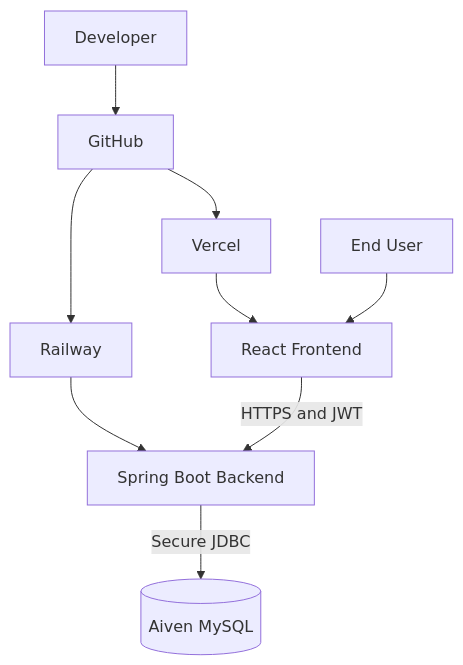
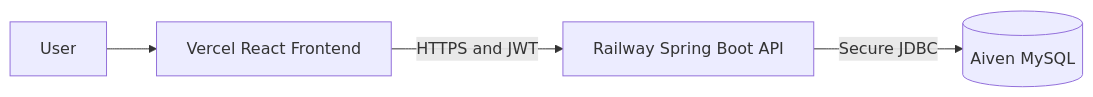
The fourth of 4 diagrams in README.md (AkramSE/Contact-Manager-API), drawn with Mermaid before and after one commit. The commit also changed other lines of this file, not shown here.

````diff
--- a/README.md
+++ b/README.md
@@ -666,11 +443,6 @@
 ```mermaid
-flowchart TB
-    DEV[Developer] --> GH[GitHub]
-    GH --> VC[Vercel]
-    GH --> RW[Railway]
-    VC --> FE[React Frontend]
-    RW --> BE[Spring Boot Backend]
-    FE -->|HTTPS and JWT| BE
-    BE -->|Secure JDBC| AV[(Aiven MySQL)]
-    USER[End User] --> FE
+flowchart LR
+    User[User] --> Frontend[Vercel React Frontend]
+    Frontend -->|HTTPS and JWT| Backend[Railway Spring Boot API]
+    Backend -->|Secure JDBC| Database[(Aiven MySQL)]
 ```
````
